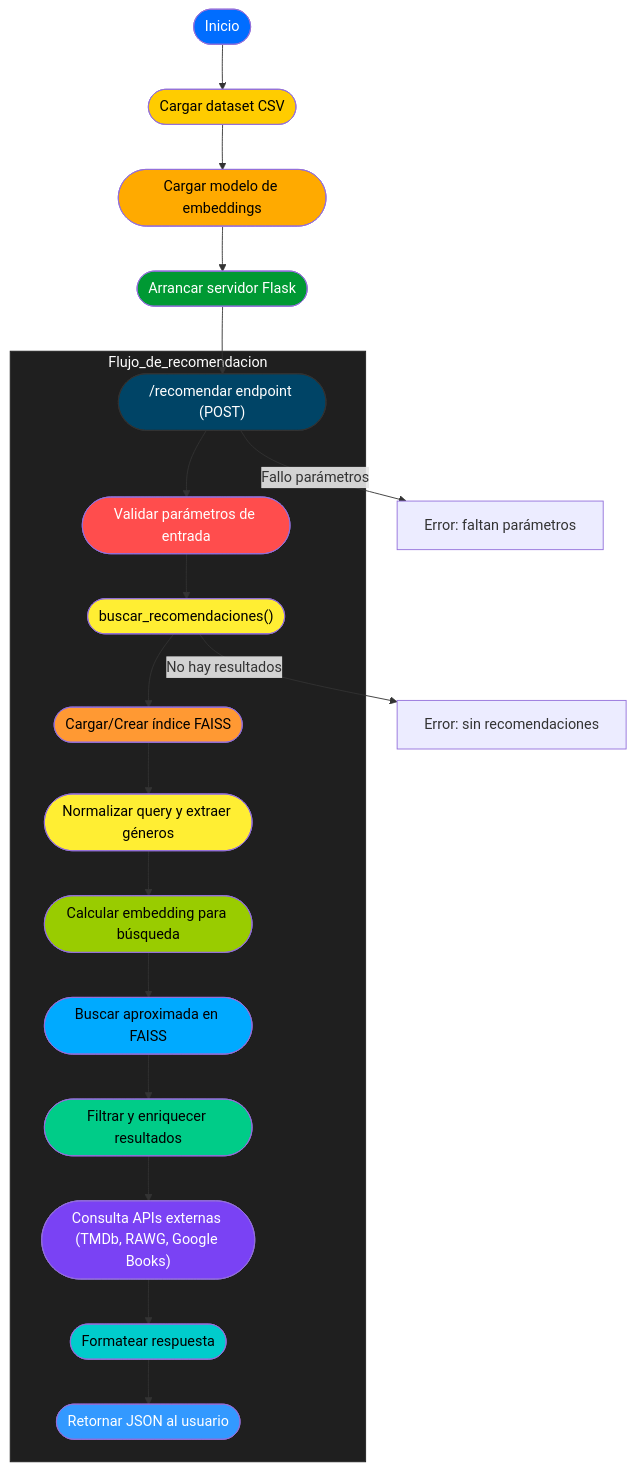
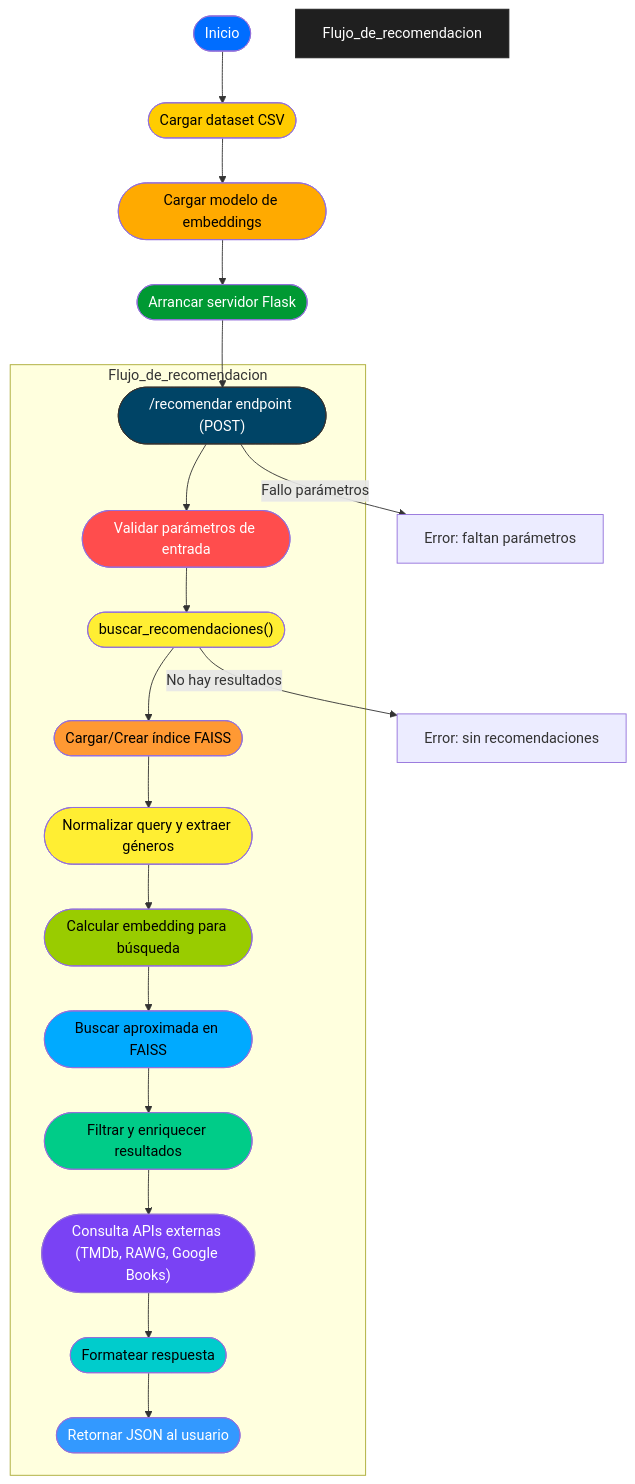
One commit to GerardoBlazquez/Sistema-de-Recomendaciones-Cruzadas changed the diagram in README.md. Above: the diagram before and after it, drawn with Mermaid.

````diff
--- a/README.md
+++ b/README.md
@@ -45,50 +45,50 @@
 ```mermaid
 flowchart TD
     INICIO([Inicio])
     LOAD_DATASET(["Cargar dataset CSV"])
     LOAD_MODEL(["Cargar modelo de embeddings"])
     START_FLASK(["Arrancar servidor Flask"])
     RECOMENDAR_ENDPOINT(["/recomendar endpoint (POST)"])
 
     INICIO --> LOAD_DATASET
     LOAD_DATASET --> LOAD_MODEL
     LOAD_MODEL --> START_FLASK
     START_FLASK --> RECOMENDAR_ENDPOINT
 
-    subgraph Flujo_de_recomendacion
+    subgraph "  Flujo_de_recomendacion"
         RECOMENDAR_ENDPOINT --> VALIDA_PARAMS(["Validar parámetros de entrada"])
         VALIDA_PARAMS --> BUSCA_RECOMENDACIONES(["buscar_recomendaciones()"])
         BUSCA_RECOMENDACIONES --> DATOS_INDEX(["Cargar/Crear índice FAISS"])
         DATOS_INDEX --> NORMALIZA_QUERY(["Normalizar query y extraer géneros"])
         NORMALIZA_QUERY --> CALC_EMBEDDING(["Calcular embedding para búsqueda"])
         CALC_EMBEDDING --> FAISS_SEARCH(["Buscar aproximada en FAISS"])
         FAISS_SEARCH --> FILTRA_RESULTADOS(["Filtrar y enriquecer resultados"])
         FILTRA_RESULTADOS --> EXTERNAL_API(["Consulta APIs externas (TMDb, RAWG, Google Books)"])
         EXTERNAL_API --> FORMATEA_RESPONSE(["Formatear respuesta"])
         FORMATEA_RESPONSE --> RETURN_JSON(["Retornar JSON al usuario"])
     end
 
     RECOMENDAR_ENDPOINT -->|Fallo parámetros| ERROR_PARAMS["Error: faltan parámetros"]
     BUSCA_RECOMENDACIONES -->|No hay resultados| ERROR_NO_RESULTS["Error: sin recomendaciones"]
 
     %% Estilos con más contraste
     style INICIO fill:#006dff,color:#ffffff
     style LOAD_DATASET fill:#ffcc00,color:#000000
     style LOAD_MODEL fill:#ffaa00,color:#000000
     style START_FLASK fill:#009933,color:#ffffff
     style RECOMENDAR_ENDPOINT fill:#004466,stroke:#333,color:#ffffff
 
     style VALIDA_PARAMS fill:#ff4d4d,color:#ffffff
     style BUSCA_RECOMENDACIONES fill:#ffee33,color:#000000
     style DATOS_INDEX fill:#ff9933,color:#000000
     style NORMALIZA_QUERY fill:#ffee33,color:#000000
     style CALC_EMBEDDING fill:#99cc00,color:#000000
     style FAISS_SEARCH fill:#00aaff,color:#000000
     style FILTRA_RESULTADOS fill:#00cc88,color:#000000
     style EXTERNAL_API fill:#7a42f4,color:#ffffff
     style FORMATEA_RESPONSE fill:#00cccc,color:#000000
     style RETURN_JSON fill:#3399ff,color:#ffffff
 
     %% Color del subgrafo
     style Flujo_de_recomendacion fill:#1f1f1f,stroke:#222222,color:#ffffff
 ```
````
